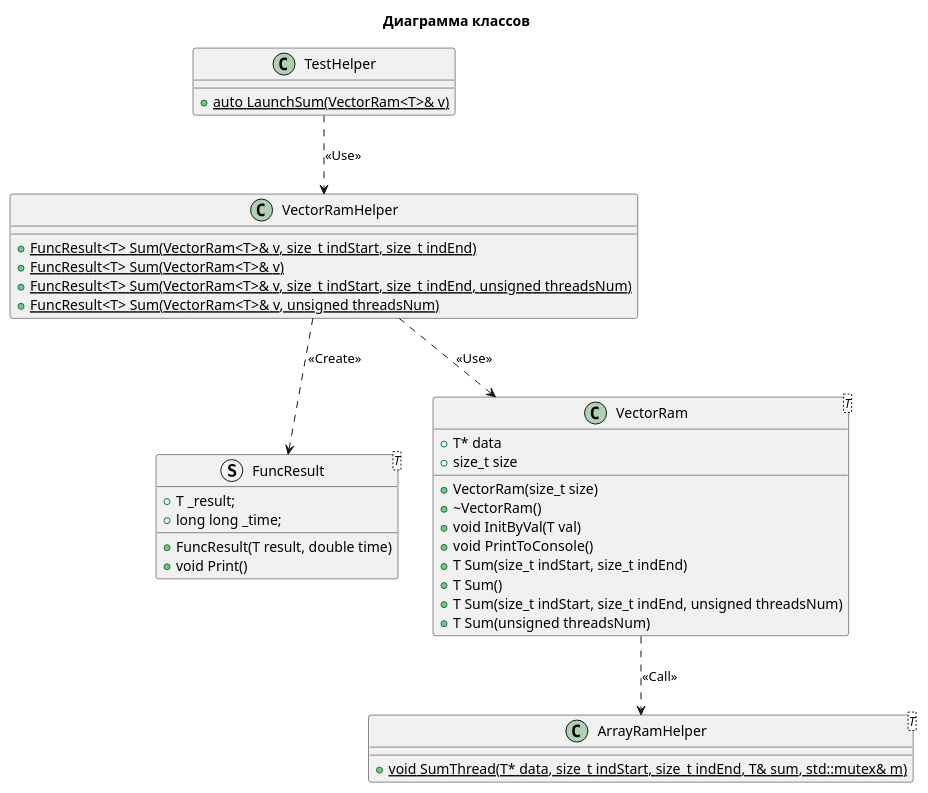
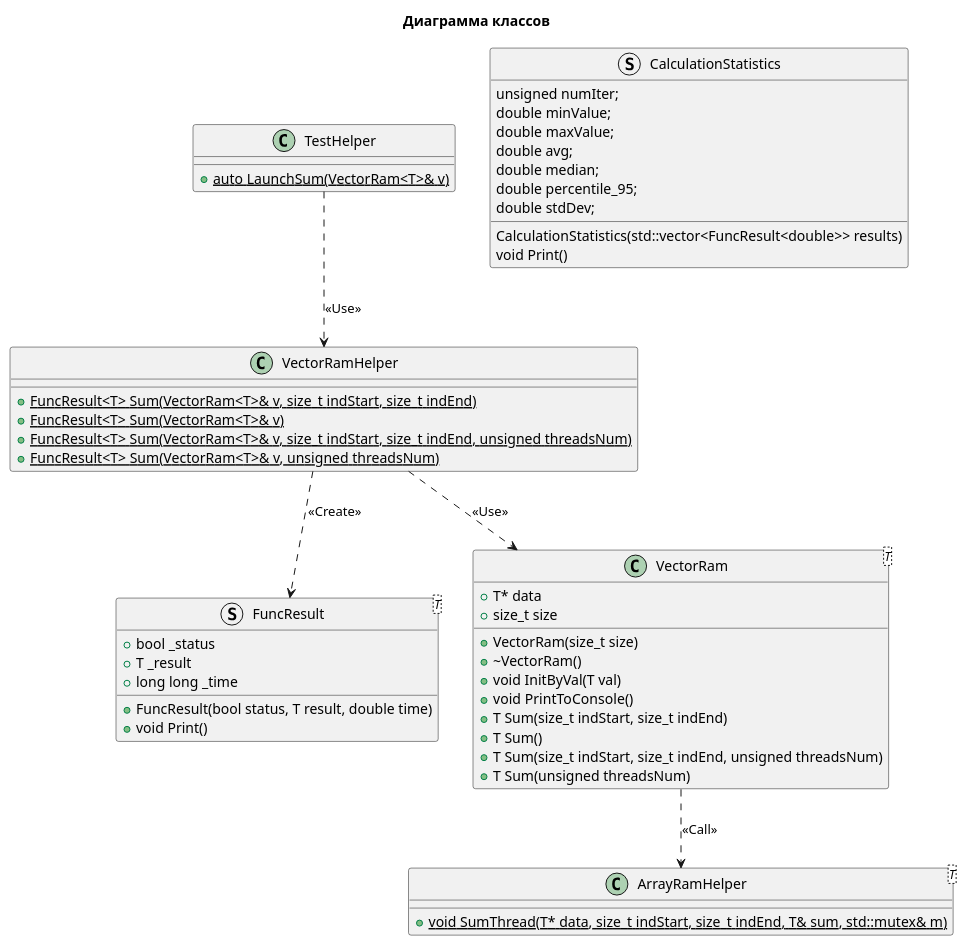
Before and after one commit to LitvinovVN/MathModAndPP: the diagram in Parallel_programming/C++/12_template_class_func_2/class-diagram.puml, drawn with PlantUML. The commit also changed 1 other file, not shown here.

```diff
--- a/Parallel_programming/C++/12_template_class_func_2/class-diagram.puml
+++ b/Parallel_programming/C++/12_template_class_func_2/class-diagram.puml
@@ -1,53 +1,76 @@
 @startuml
 
 title
  Диаграмма классов
 end title
 
 class ArrayRamHelper<T>
 {
     +{static} void SumThread(T* data, size_t indStart, size_t indEnd, T& sum, std::mutex& m)
 }
 
-struct          FuncResult<T>
+struct FuncResult<T>
 {
-    +T _result;
-    +long long _time;
+    +bool _status
+    +T _result
+    +long long _time
 
-    +FuncResult(T result, double time)
+    +FuncResult(bool status, T result, double time)
     +void Print()
 }
 
 class           VectorRam<T>
 {
     +T* data
     +size_t size
     +VectorRam(size_t size)
     +~VectorRam()
     +void InitByVal(T val)
     +void PrintToConsole()
     +T Sum(size_t indStart, size_t indEnd)
     +T Sum()
     +T Sum(size_t indStart, size_t indEnd, unsigned threadsNum)
     +T Sum(unsigned threadsNum)
 }
 
 class           VectorRamHelper
 {
     +{static}FuncResult<T> Sum(VectorRam<T>& v, size_t indStart, size_t indEnd)
     +{static}FuncResult<T> Sum(VectorRam<T>& v)
     +{static}FuncResult<T> Sum(VectorRam<T>& v, size_t indStart, size_t indEnd, unsigned threadsNum)
     +{static}FuncResult<T> Sum(VectorRam<T>& v, unsigned threadsNum)
 }
 
 class TestHelper
 {
     +{static} auto LaunchSum(VectorRam<T>& v)
 }
 
+struct CalculationStatistics
+{
+    ' Количество запусков численного эксперимента
+    unsigned numIter;
+    ' Минимальное значение
+    double minValue;
+    ' Максимальное значение
+    double maxValue;
+    ' Среднее арифметическое
+    double avg;
+    ' Медиана
+    double median;
+    ' 95 процентиль
+    double percentile_95;
+    ' Среднеквадратическое отклонение
+    double stdDev;
+
+    CalculationStatistics(std::vector<FuncResult<double>> results)
+    void Print()
+}
+
+
 TestHelper..>VectorRamHelper : <<Use>>
 VectorRamHelper..>FuncResult : <<Create>>
 VectorRamHelper..>VectorRam : <<Use>>
 VectorRam..>ArrayRamHelper : <<Call>>
 
 @enduml
```
